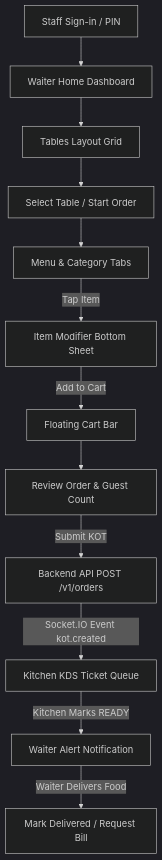
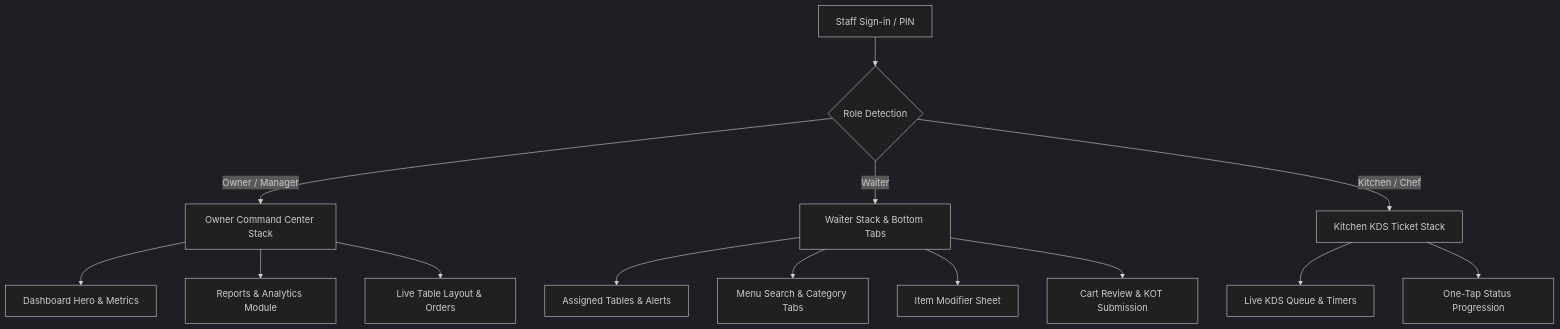
The diagram in docs/MOBILE_APP_BUILD.md (cyberlyadnan/restaurant-management-platform), drawn with Mermaid (dark theme) before and after one commit. The commit also changed other lines of this file and 9 other files, not shown here.

Commit message:
feat: add owner dashboard screens, floating tab bar, and mobile navigation

````diff
--- a/docs/MOBILE_APP_BUILD.md
+++ b/docs/MOBILE_APP_BUILD.md
@@ -86,14 +22,19 @@
 ```mermaid
 flowchart TD
-    A[Staff Sign-in / PIN] --> B[Waiter Home Dashboard]
-    B --> C[Tables Layout Grid]
-    C --> D[Select Table / Start Order]
-    D --> E[Menu & Category Tabs]
-    E -->|Tap Item| F[Item Modifier Bottom Sheet]
-    F -->|Add to Cart| G[Floating Cart Bar]
-    G --> H[Review Order & Guest Count]
-    H -->|Submit KOT| I[Backend API POST /v1/orders]
-    I -->|Socket.IO Event kot.created| J[Kitchen KDS Ticket Queue]
-    J -->|Kitchen Marks READY| K[Waiter Alert Notification]
-    K -->|Waiter Delivers Food| L[Mark Delivered / Request Bill]
+    A[Staff Sign-in / PIN] --> B{Role Detection}
+    B -->|Owner / Manager| C[Owner Command Center Stack]
+    B -->|Waiter| D[Waiter Stack & Bottom Tabs]
+    B -->|Kitchen / Chef| E[Kitchen KDS Ticket Stack]
+    
+    C --> C1[Dashboard Hero & Metrics]
+    C --> C2[Reports & Analytics Module]
+    C --> C3[Live Table Layout & Orders]
+
+    D --> D1[Assigned Tables & Alerts]
+    D --> D2[Menu Search & Category Tabs]
+    D --> D3[Item Modifier Sheet]
+    D --> D4[Cart Review & KOT Submission]
+
+    E --> E1[Live KDS Queue & Timers]
+    E --> E2[One-Tap Status Progression]
 ```
````
